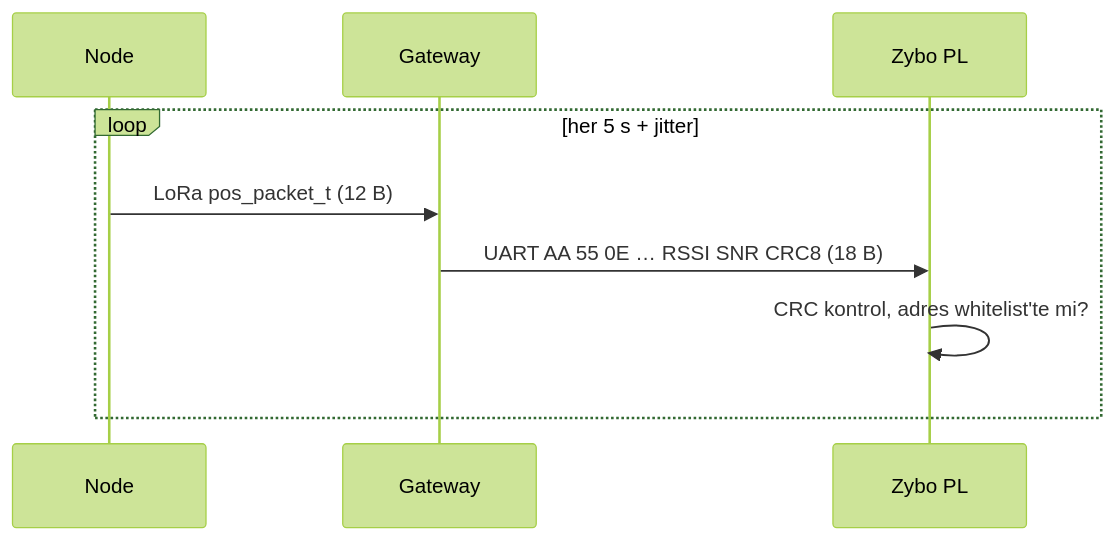
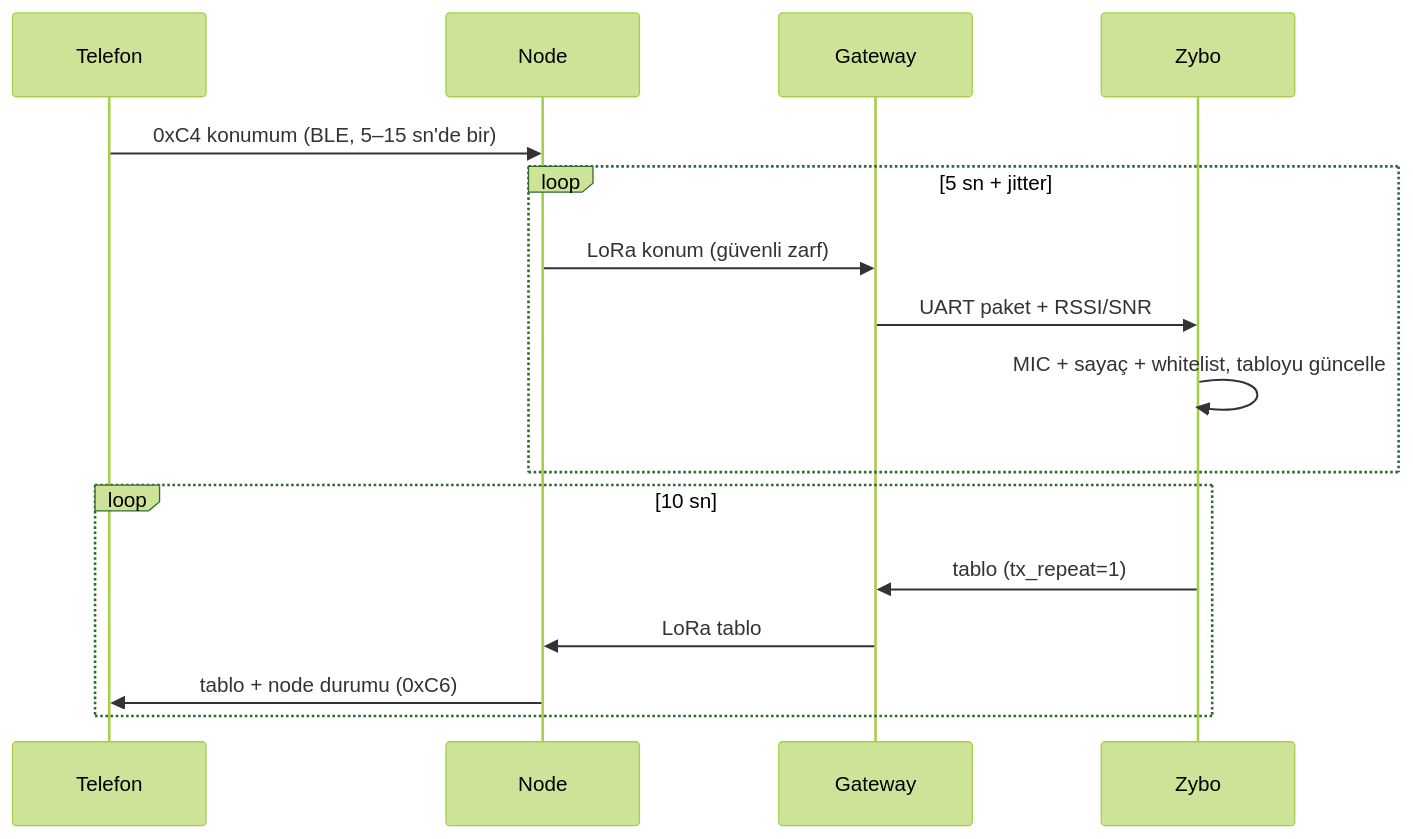
Before and after one commit to aykutaslantas/lora-sub-ghz-atak-system: the second of 5 diagrams in docs/architecture.md, drawn with Mermaid (forest theme). The commit also changed other lines of this file and 84 other files, not shown here.

````diff
--- a/docs/architecture.md
+++ b/docs/architecture.md
@@ -28,11 +38,18 @@
 ```mermaid
 sequenceDiagram
+    participant P as Telefon
     participant N as Node
     participant G as Gateway
-    participant Z as Zybo PL
-    loop her 5 s + jitter
-        N->>G: LoRa pos_packet_t (12 B)
-        G->>Z: UART AA 55 0E … RSSI SNR CRC8 (18 B)
-        Z->>Z: CRC kontrol, adres whitelist'te mi?
+    participant Z as Zybo
+    P->>N: 0xC4 konumum (BLE, 5–15 sn'de bir)
+    loop 5 sn + jitter
+        N->>G: LoRa konum (güvenli zarf)
+        G->>Z: UART paket + RSSI/SNR
+        Z->>Z: MIC + sayaç + whitelist, tabloyu güncelle
+    end
+    loop 10 sn
+        Z->>G: tablo (tx_repeat=1)
+        G->>N: LoRa tablo
+        N->>P: tablo + node durumu (0xC6)
     end
 ```
````
